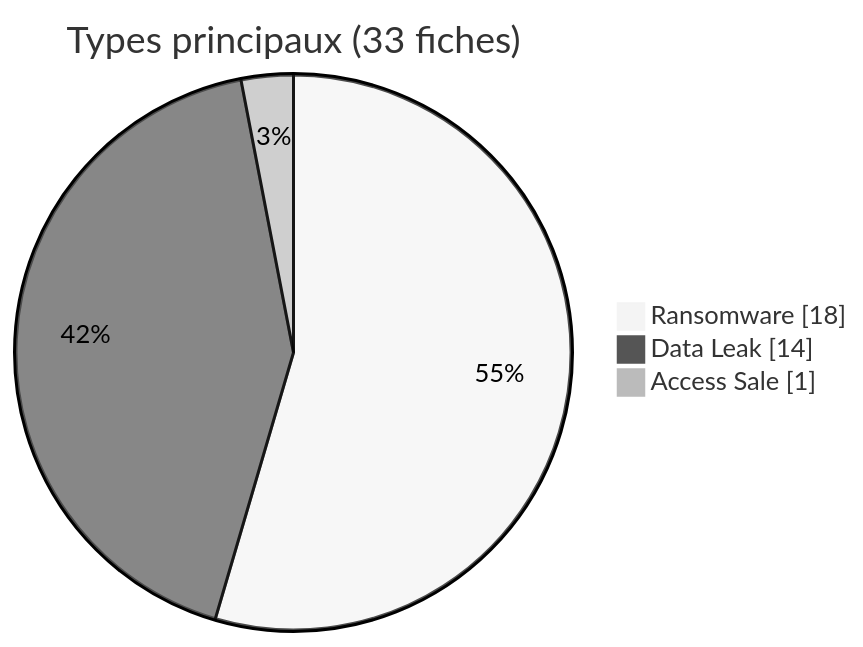
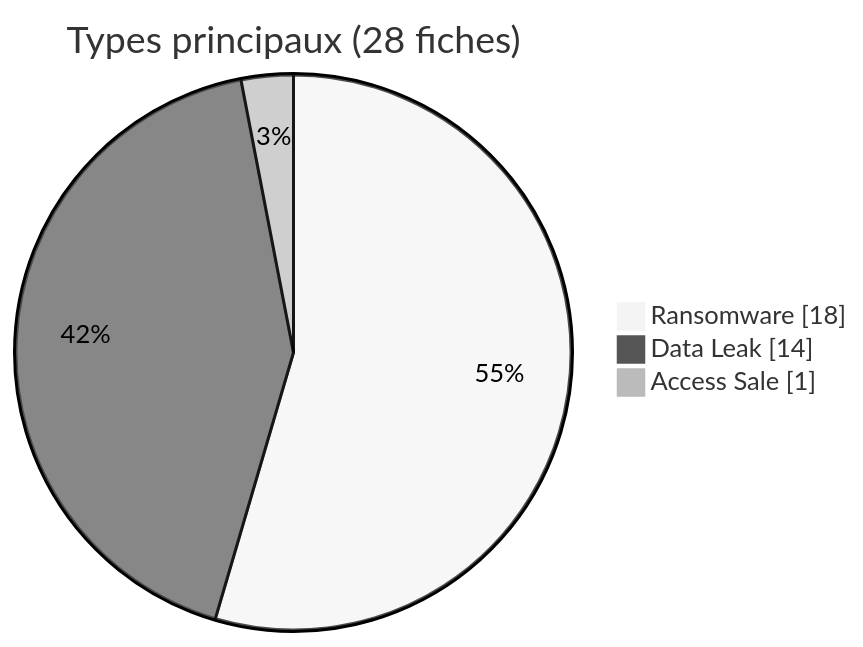
The diagram in visual-intelligence/08-august/ransomware-vs-leaks_august_2026_fr.md (Hatchepsoute/AFRINTEL), drawn with Mermaid (neutral theme) before and after one commit. The commit also changed 120 other files, not shown here.

````diff
--- a/visual-intelligence/08-august/ransomware-vs-leaks_august_2026_fr.md
+++ b/visual-intelligence/08-august/ransomware-vs-leaks_august_2026_fr.md
@@ -3,7 +3,7 @@
 ```mermaid
 pie showData
-    title Types principaux (33 fiches)
+    title Types principaux (28 fiches)
     "Ransomware" : 18
     "Data Leak" : 14
     "Access Sale" : 1
 ```
````
